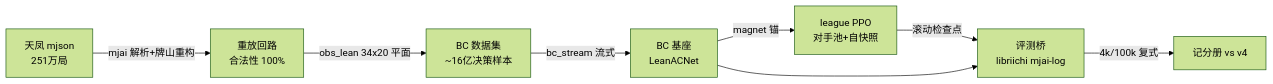
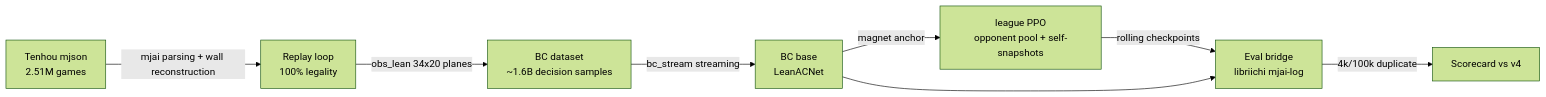
The second of 2 diagrams in README.md (twu3202/TanyaoDojo), drawn with Mermaid (forest theme) before and after one commit. The commit also changed other lines of this file, not shown here.

````diff
--- a/README.md
+++ b/README.md
@@ -44,10 +46,10 @@
 ```mermaid
 graph LR
-    A[天凤 mjson<br/>251万局] -->|mjai 解析+牌山重构| B[重放回路<br/>合法性 100%]
-    B -->|obs_lean 34x20 平面| C[BC 数据集<br/>~16亿决策样本]
-    C -->|bc_stream 流式| D[BC 基座<br/>LeanACNet]
-    D -->|magnet 锚| E[league PPO<br/>对手池+自快照]
-    E -->|滚动检查点| F[评测桥<br/>libriichi mjai-log]
+    A[Tenhou mjson<br/>2.51M games] -->|mjai parsing + wall reconstruction| B[Replay loop<br/>100% legality]
+    B -->|obs_lean 34x20 planes| C[BC dataset<br/>~1.6B decision samples]
+    C -->|bc_stream streaming| D[BC base<br/>LeanACNet]
+    D -->|magnet anchor| E[league PPO<br/>opponent pool + self-snapshots]
+    E -->|rolling checkpoints| F[Eval bridge<br/>libriichi mjai-log]
     D --> F
-    F -->|4k/100k 复式| G[记分册 vs v4]
+    F -->|4k/100k duplicate| G[Scorecard vs v4]
 ```
````
